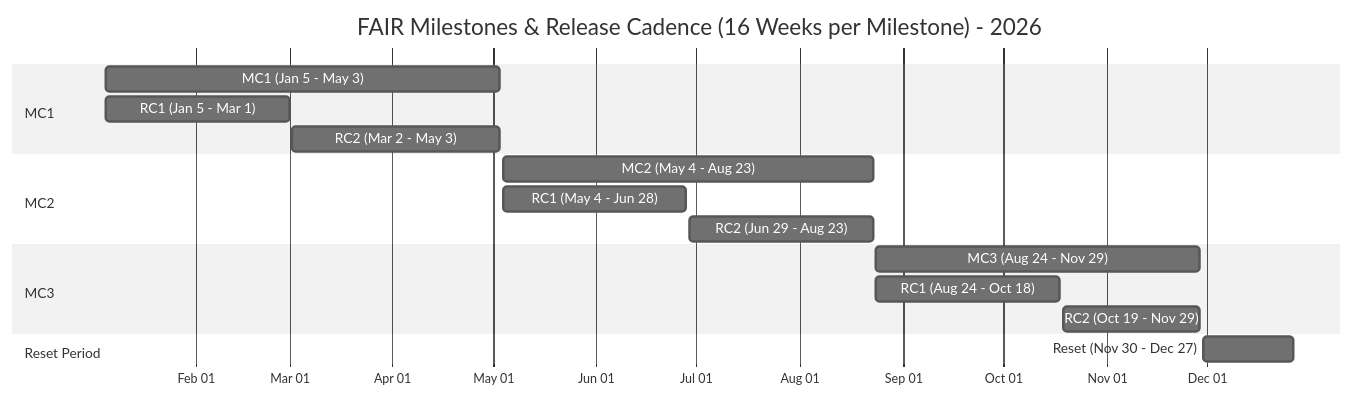
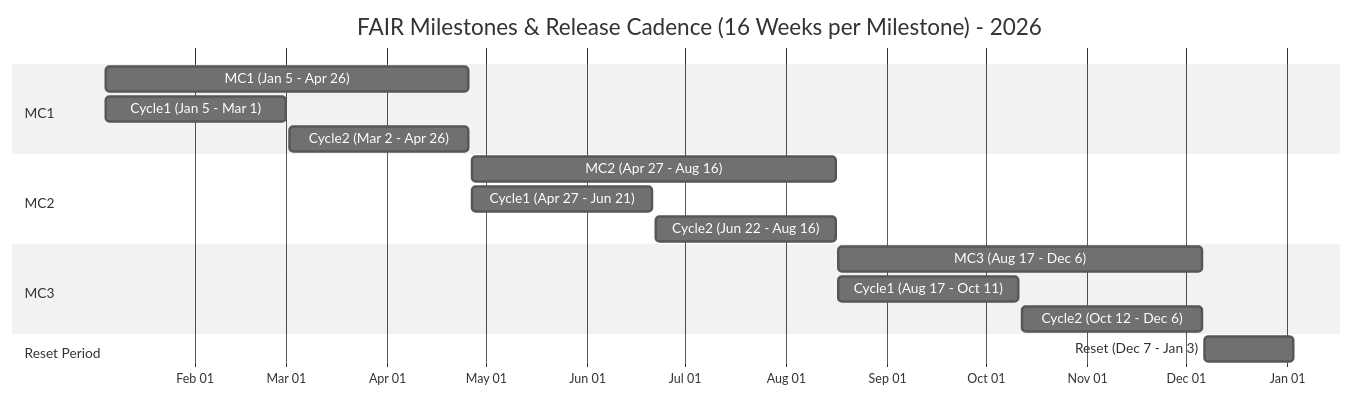
The first of 2 diagrams in process/release-calendar.md (fairpm/tsc), drawn with Mermaid before and after one commit. The commit also changed other lines of this file, not shown here.

````diff
--- a/process/release-calendar.md
+++ b/process/release-calendar.md
@@ -17,26 +17,26 @@
 ```mermaid
 %%{init: {'theme':'neutral'}}%%
 
 gantt
     title FAIR Milestones & Release Cadence (16 Weeks per Milestone) - 2026
     dateFormat YYYY-MM-DD
     axisFormat %b %d
     
-    section MC1
-    MC1 (Jan 5 - May 3)     :mc1, 2026-01-05, 2026-05-03
-    RC1 (Jan 5 - Mar 1)      :rc1_1, 2026-01-05, 2026-03-01
-    RC2 (Mar 2 - May 3)    :rc1_2, 2026-03-02, 2026-05-03
+section MC1
+    MC1 (Jan 5 - Apr 26)     :mc1, 2026-01-05, 2026-04-26
+    Cycle1 (Jan 5 - Mar 1)      :Cycle1_1, 2026-01-05, 2026-03-01
+    Cycle2 (Mar 2 - Apr 26)     :Cycle1_2, 2026-03-02, 2026-04-26
     
     section MC2
-    MC2 (May 4 - Aug 23)   :mc2, 2026-05-04, 2026-08-23
-    RC1 (May 4 - Jun 28)   :rc2_1, 2026-05-04, 2026-06-28
-    RC2 (Jun 29 - Aug 23)  :rc2_2, 2026-06-29, 2026-08-23
+    MC2 (Apr 27 - Aug 16)    :mc2, 2026-04-27, 2026-08-16
+    Cycle1 (Apr 27 - Jun 21)    :Cycle2_1, 2026-04-27, 2026-06-21
+    Cycle2 (Jun 22 - Aug 16)    :Cycle2_2, 2026-06-22, 2026-08-16
     
     section MC3
-    MC3 (Aug 24 - Nov 29)  :mc3, 2026-08-24, 2026-11-29
-    RC1 (Aug 24 - Oct 18)  :rc3_1, 2026-08-24, 2026-10-18
-    RC2 (Oct 19 - Nov 29)  :rc3_2, 2026-10-19, 2026-11-29
+    MC3 (Aug 17 - Dec 6)     :mc3, 2026-08-17, 2026-12-06
+    Cycle1 (Aug 17 - Oct 11)    :Cycle3_1, 2026-08-17, 2026-10-11
+    Cycle2 (Oct 12 - Dec 6)     :Cycle3_2, 2026-10-12, 2026-12-06
     
     section Reset Period
-    Reset (Nov 30 - Dec 27) :reset, 2026-11-30, 2026-12-27
+    Reset (Dec 7 - Jan 3)   :reset, 2026-12-07, 2027-01-03
 ```
````
